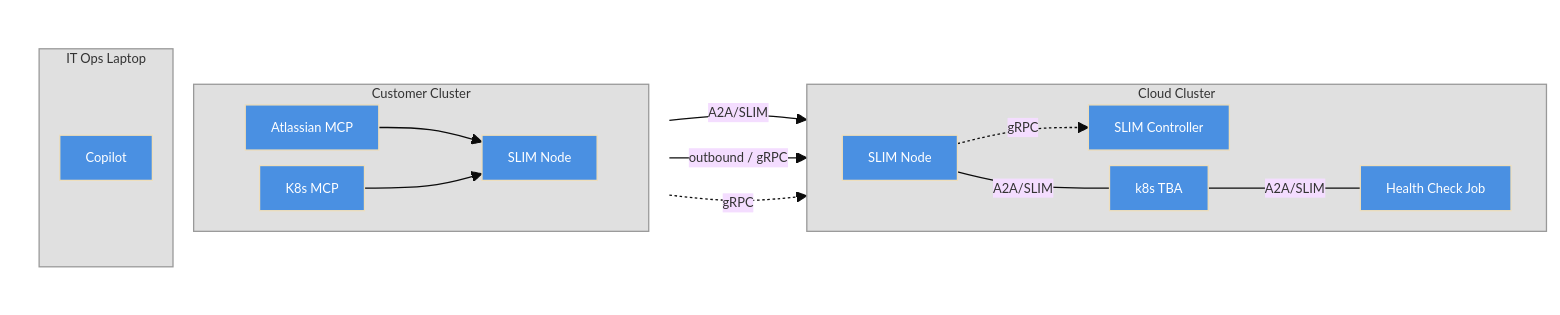
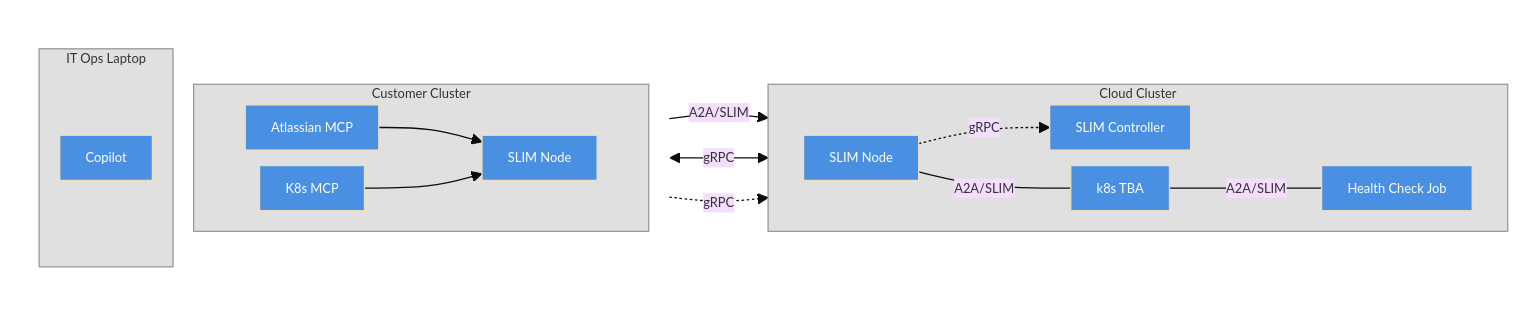
Before and after one commit to agntcy/blogs: the fifth of 6 diagrams in presentations/slim-multicluster-demo/slim-multicluster-demo.md, drawn with Mermaid. The commit also changed other lines of this file, not shown here.

````diff
--- a/presentations/slim-multicluster-demo/slim-multicluster-demo.md
+++ b/presentations/slim-multicluster-demo/slim-multicluster-demo.md
@@ -238,43 +239,43 @@
 ```mermaid
 %%{init: {'theme': 'base', 'themeVariables': {'fontSize': '10px'}, 'flowchart': {'nodeSpacing': 12, 'rankSpacing': 30, 'padding': 10}}}%%
 graph LR
     subgraph Left[" "]
         direction TB
         subgraph Customer[Customer Cluster]
             direction LR
             AMCP[Atlassian MCP] --> CSN[SLIM Node]
             KMCP[K8s MCP] --> CSN
         end
         subgraph Laptop[IT Ops Laptop]
             Copilot[Copilot]
         end
     end
 
     subgraph Cloud[Cloud Cluster]
         direction LR
         SN[SLIM Node]
         SC[SLIM Controller]
         HCJ[Health Check Job]
         K8S[k8s TBA]
         SN -. "gRPC" .-> SC
         SN ---|A2A/SLIM| K8S
         K8S ---|A2A/SLIM| HCJ
     end
 
     Copilot -- "A2A/SLIM" --> SN
-    CSN -- "outbound / gRPC" --> SN
+    CSN <-- "gRPC" --> SN
     CSN -. "gRPC" .-> SC
 
     style Left fill:none,stroke:none
     style Customer fill:#e0e0e0,stroke:#999,color:#333
     style Cloud fill:#e0e0e0,stroke:#999,color:#333
     style Laptop fill:#e0e0e0,stroke:#999,color:#333
     style SC fill:#4A90E2,color:#fff
     style SN fill:#4A90E2,color:#fff
     style CSN fill:#4A90E2,color:#fff
     style AMCP fill:#4A90E2,color:#fff
     style KMCP fill:#4A90E2,color:#fff
     style K8S fill:#4A90E2,color:#fff
     style HCJ fill:#4A90E2,color:#fff
     style Copilot fill:#4A90E2,color:#fff
 ```
````
